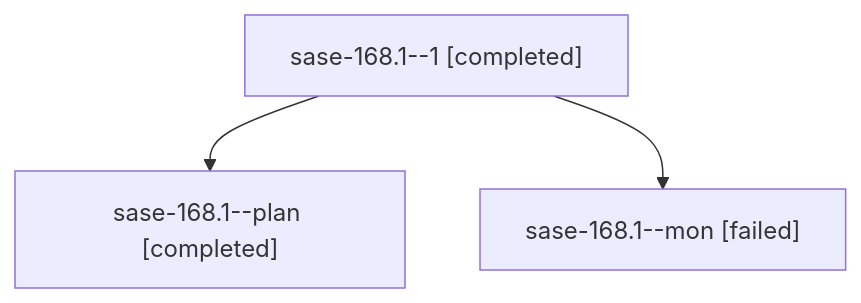
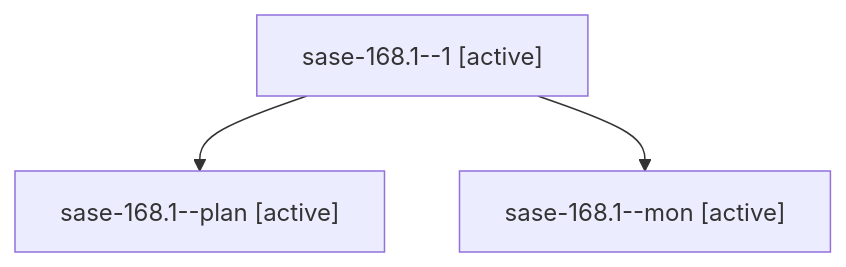
Before and after one commit to sase-org/sase--agents: the diagram in families/bbugyi200.athena.sase-168.1.md, drawn with Mermaid. The commit also changed other lines of this file and 35830 other files, not shown here.

````diff
--- a/families/bbugyi200.athena.sase-168.1.md
+++ b/families/bbugyi200.athena.sase-168.1.md
@@ -9,8 +9,8 @@
 ```mermaid
 flowchart TD
-  n0["sase-168.1--1 [completed]"]
-  n1["sase-168.1--plan [completed]"]
+  n0["sase-168.1--1 [active]"]
+  n1["sase-168.1--plan [active]"]
   n0 --> n1
-  n2["sase-168.1--mon [failed]"]
+  n2["sase-168.1--mon [active]"]
   n0 --> n2
 ```
````
